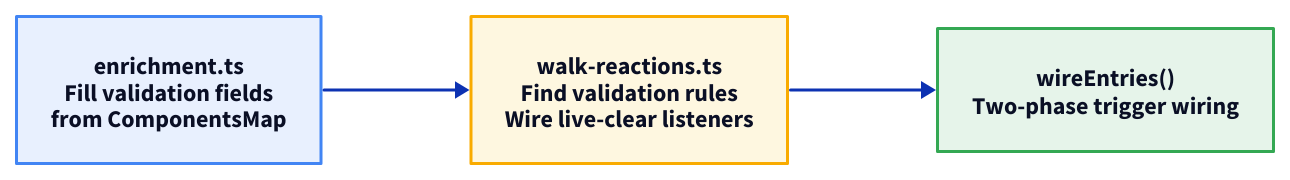
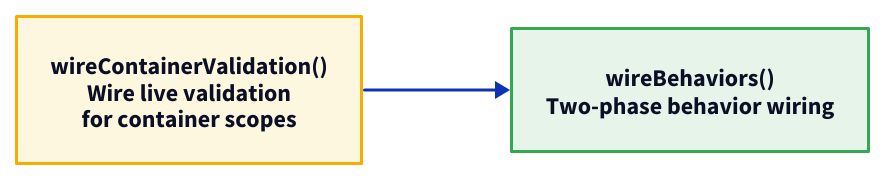
Before and after one commit to marafiq/alis-reactive: the first of 5 diagrams in docs-site/src/content/docs/architecture/runtime.mdx, drawn with D2. The commit also changed other lines of this file and 17 other files, not shown here.

````diff
--- a/docs-site/src/content/docs/architecture/runtime.mdx
+++ b/docs-site/src/content/docs/architecture/runtime.mdx
@@ -45,24 +46,18 @@
 ```d2
 direction: right
 
-enrich: "enrichment.ts\nFill validation fields\nfrom ComponentsMap" {
-  shape: rectangle
-  style.fill: "#e8f0fe"
-  style.stroke: "#4285f4"
-  style.font-size: 16
-}
-validation: "walk-reactions.ts\nFind validation rules\nWire live-clear listeners" {
+validation: "wireContainerValidation()\nWire live validation\nfor container scopes" {
   shape: rectangle
   style.fill: "#fef7e0"
   style.stroke: "#f9ab00"
   style.font-size: 16
 }
-wire: "wireEntries()\nTwo-phase trigger wiring" {
+wire: "wireBehaviors()\nTwo-phase behavior wiring" {
   shape: rectangle
   style.fill: "#e6f4ea"
   style.stroke: "#34a853"
   style.font-size: 16
 }
 
-enrich -> validation -> wire
+validation -> wire
 ```
````
